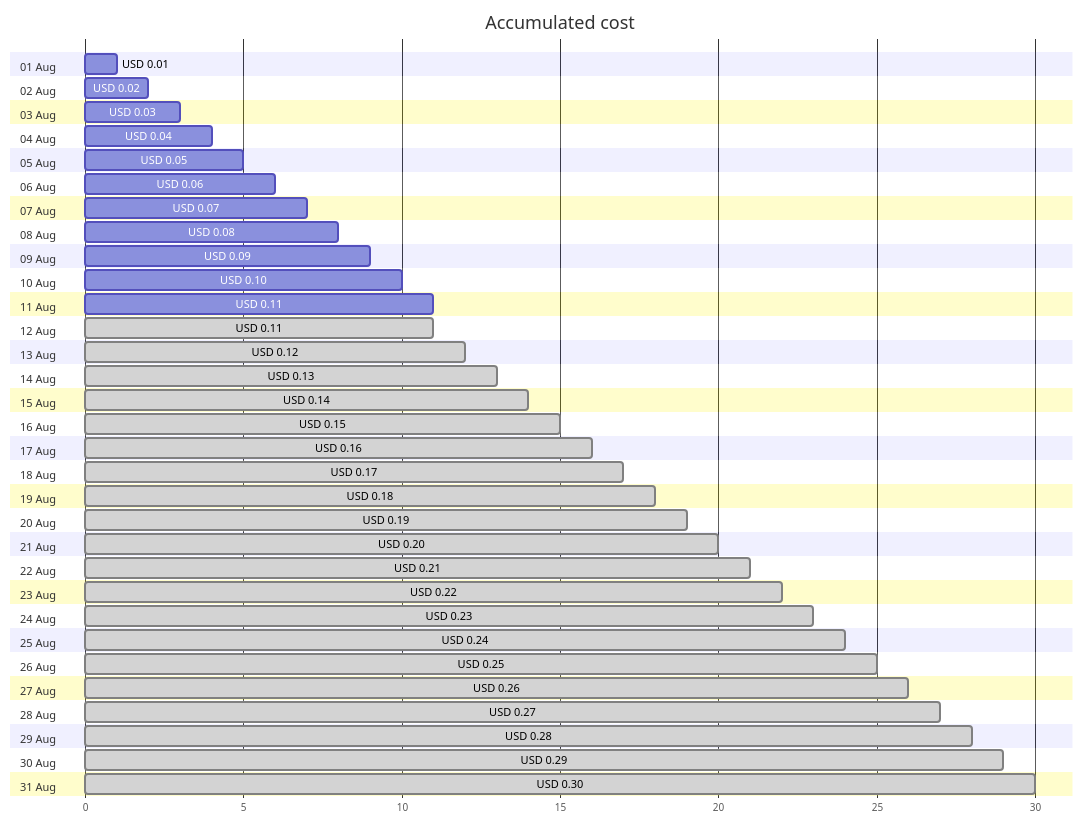
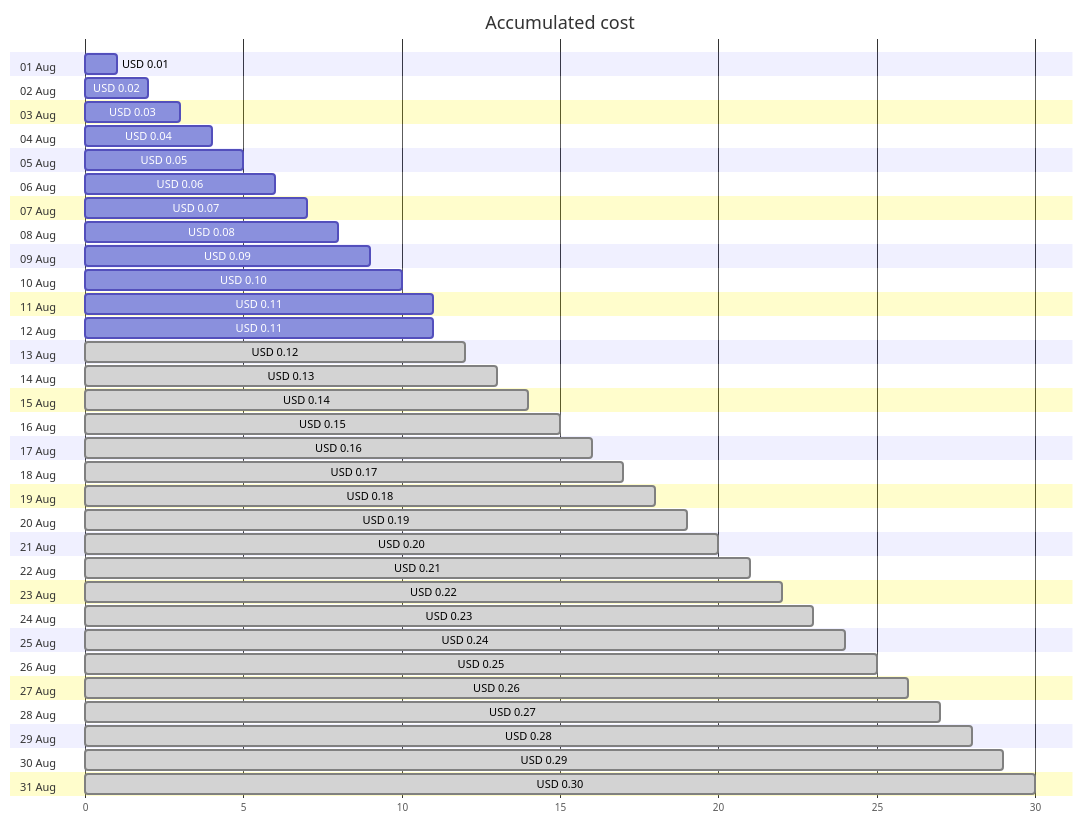
One commit to jpfulton/azure-personal-reports changed the first of 4 diagrams in cost-reports/cloud-shell-storage-eastus/README.md. Above: the diagram before and after it, drawn with Mermaid. The commit also changed other lines of this file and 1 other file, not shown here.

````diff
--- a/cost-reports/cloud-shell-storage-eastus/README.md
+++ b/cost-reports/cloud-shell-storage-eastus/README.md
@@ -20,68 +20,68 @@
 ```mermaid
 gantt
    title Accumulated cost
    dateFormat  X
    axisFormat %s
    section 01 Aug
    USD 0.01 :0, 1
    section 02 Aug
    USD 0.02 :0, 2
    section 03 Aug
    USD 0.03 :0, 3
    section 04 Aug
    USD 0.04 :0, 4
    section 05 Aug
    USD 0.05 :0, 5
    section 06 Aug
    USD 0.06 :0, 6
    section 07 Aug
    USD 0.07 :0, 7
    section 08 Aug
    USD 0.08 :0, 8
    section 09 Aug
    USD 0.09 :0, 9
    section 10 Aug
    USD 0.10 :0, 10
    section 11 Aug
    USD 0.11 :0, 11
    section 12 Aug
-   USD 0.11 : done, 0, 11
+   USD 0.11 :0, 11
    section 13 Aug
    USD 0.12 : done, 0, 12
    section 14 Aug
    USD 0.13 : done, 0, 13
    section 15 Aug
    USD 0.14 : done, 0, 14
    section 16 Aug
    USD 0.15 : done, 0, 15
    section 17 Aug
    USD 0.16 : done, 0, 16
    section 18 Aug
    USD 0.17 : done, 0, 17
    section 19 Aug
    USD 0.18 : done, 0, 18
    section 20 Aug
    USD 0.19 : done, 0, 19
    section 21 Aug
    USD 0.20 : done, 0, 20
    section 22 Aug
    USD 0.21 : done, 0, 21
    section 23 Aug
    USD 0.22 : done, 0, 22
    section 24 Aug
    USD 0.23 : done, 0, 23
    section 25 Aug
    USD 0.24 : done, 0, 24
    section 26 Aug
    USD 0.25 : done, 0, 25
    section 27 Aug
    USD 0.26 : done, 0, 26
    section 28 Aug
    USD 0.27 : done, 0, 27
    section 29 Aug
    USD 0.28 : done, 0, 28
    section 30 Aug
    USD 0.29 : done, 0, 29
    section 31 Aug
    USD 0.30 : done, 0, 30
 ```
````
